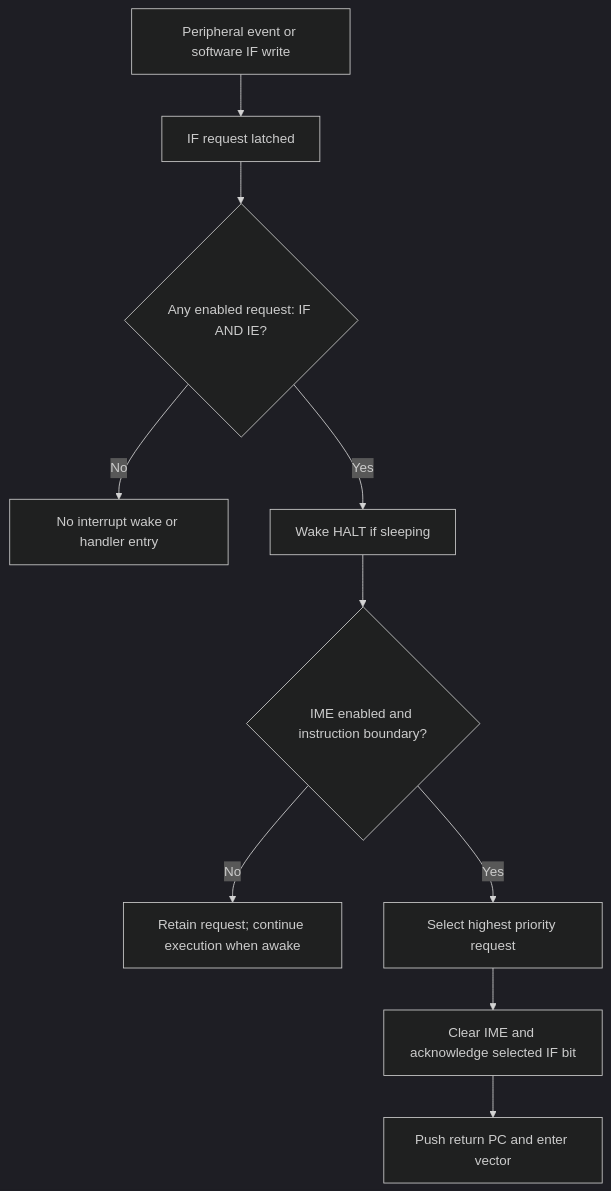
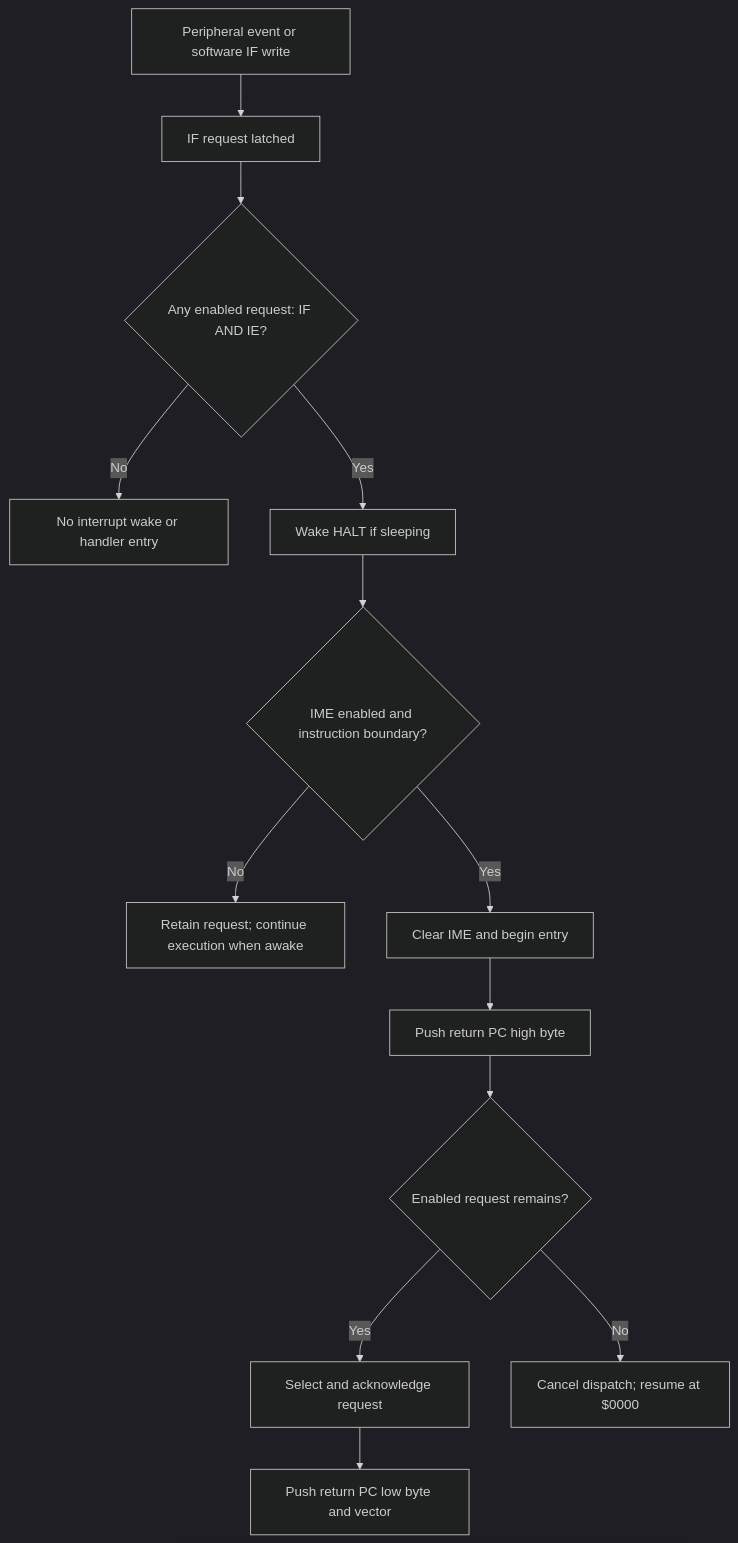
One commit to jiayeli-hualien/LotusGB changed the diagram in docs/interrupts.md. Above: the diagram before and after it, drawn with Mermaid (dark theme). The commit also changed other lines of this file and 66 other files, not shown here.

````diff
--- a/docs/interrupts.md
+++ b/docs/interrupts.md
@@ -29,12 +29,15 @@
 ```mermaid
 flowchart TD
     A[Peripheral event or software IF write] --> B[IF request latched]
     B --> C{Any enabled request: IF AND IE?}
     C -- No --> D[No interrupt wake or handler entry]
     C -- Yes --> E[Wake HALT if sleeping]
     E --> F{IME enabled and instruction boundary?}
     F -- No --> G[Retain request; continue execution when awake]
-    F -- Yes --> H[Select highest priority request]
-    H --> I[Clear IME and acknowledge selected IF bit]
-    I --> J[Push return PC and enter vector]
+    F -- Yes --> H[Clear IME and begin entry]
+    H --> I[Push return PC high byte]
+    I --> J{Enabled request remains?}
+    J -- Yes --> K[Select and acknowledge request]
+    K --> L[Push return PC low byte and vector]
+    J -- No --> M[Cancel dispatch; resume at $0000]
 ```
````
